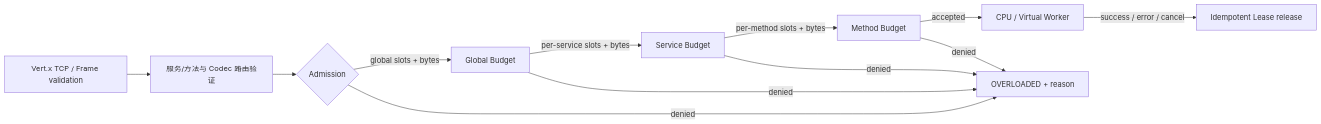
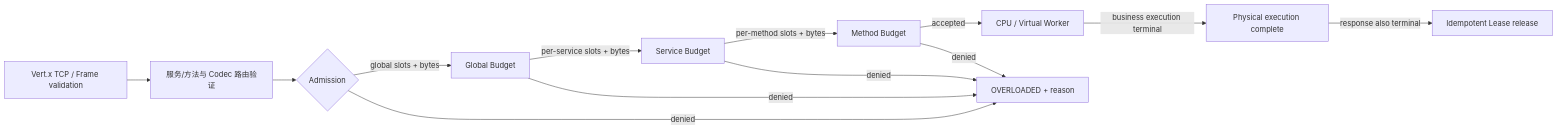
One commit to Ryan-Guizhou/peach-rpc changed the diagram in docs/provider-admission.md. Above: the diagram before and after it, drawn with Mermaid. The commit also changed other lines of this file, not shown here.

Commit message:
docs: remove stale admission draft status and document two-terminal lease semantics

```diff
--- a/docs/provider-admission.md
+++ b/docs/provider-admission.md
@@ -9,14 +9,15 @@
 ~~~mermaid
 flowchart LR
     T[Vert.x TCP / Frame validation] --> S[服务/方法与 Codec 路由验证]
     S --> A{Admission}
     A -->|global slots + bytes| G[Global Budget]
     G -->|per-service slots + bytes| B[Service Budget]
     B -->|per-method slots + bytes| M[Method Budget]
     M -->|accepted| W[CPU / Virtual Worker]
-    W -->|success / error / cancel| L[Idempotent Lease release]
+    W -->|business execution terminal| E[Physical execution complete]
+    E -->|response also terminal| L[Idempotent Lease release]
     A -->|denied| R[OVERLOADED + reason]
     G -->|denied| R
     B -->|denied| R
     M -->|denied| R
 ~~~
```
